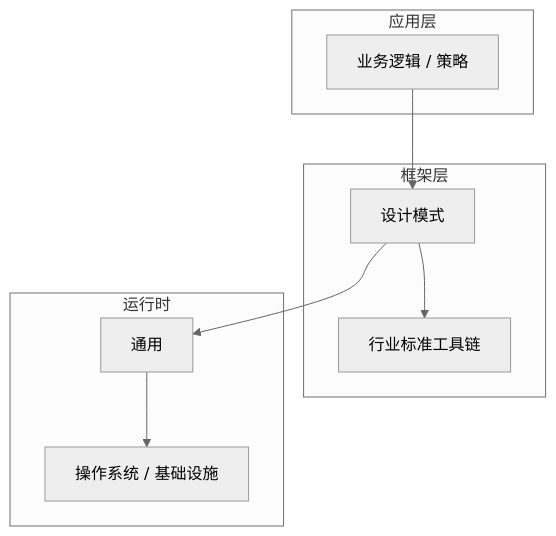
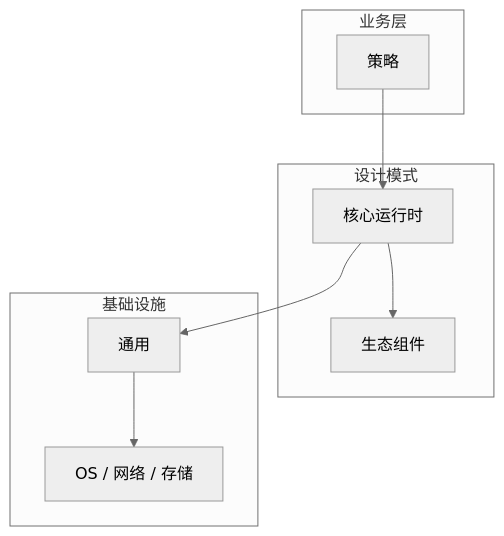
One commit to yanggan2015/knowledge-json-v2 changed the diagram in articles/设计模式/chapters/065-策略核心概念与原理.md. Above: the diagram before and after it, drawn with Mermaid (neutral theme). The commit also changed other lines of this file and 10127 other files, not shown here.

````diff
--- a/articles/设计模式/chapters/065-策略核心概念与原理.md
+++ b/articles/设计模式/chapters/065-策略核心概念与原理.md
@@ -45,18 +34,18 @@
 ```mermaid
 graph TB
-    subgraph 应用层
-        A[业务逻辑 / 策略]
+    subgraph 业务层
+        A[策略]
     end
-    subgraph 框架层
-        B[设计模式]
-        C[行业标准工具链]
+    subgraph 设计模式
+        B[核心运行时]
+        C[生态组件]
     end
-    subgraph 运行时
+    subgraph 基础设施
         D[通用]
-        E[操作系统 / 基础设施]
+        E[OS / 网络 / 存储]
     end
     A --> B
     B --> C
     B --> D
     D --> E
 ```
````
